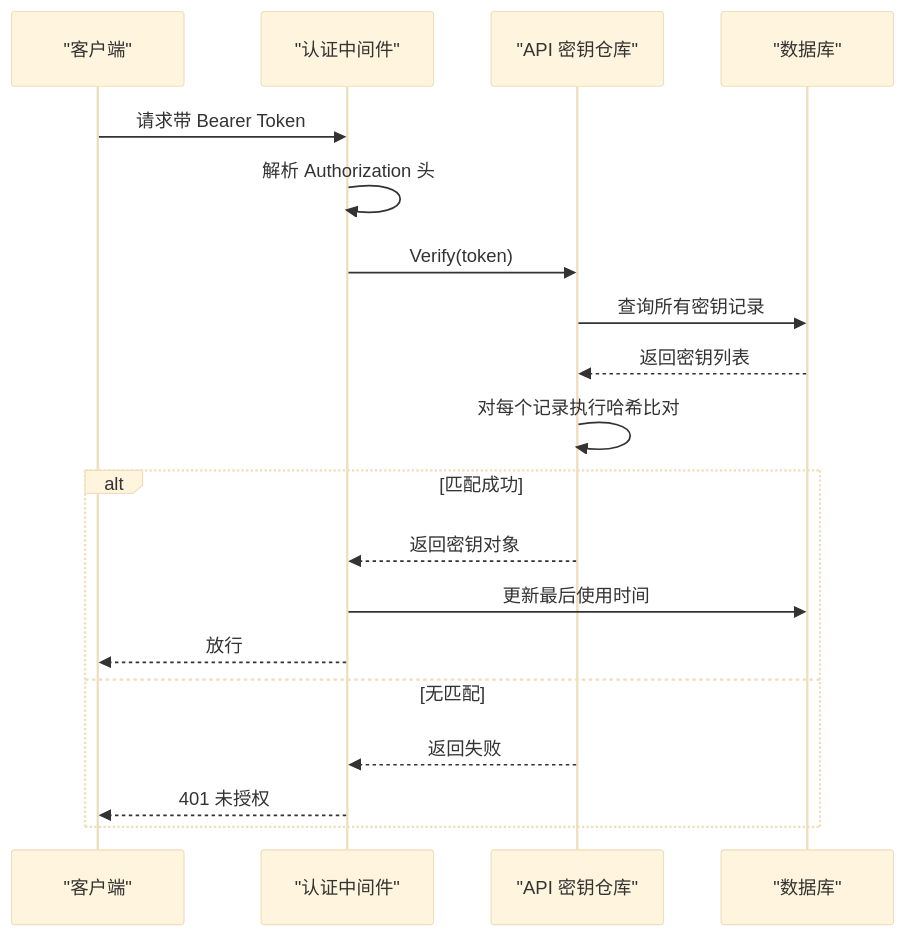
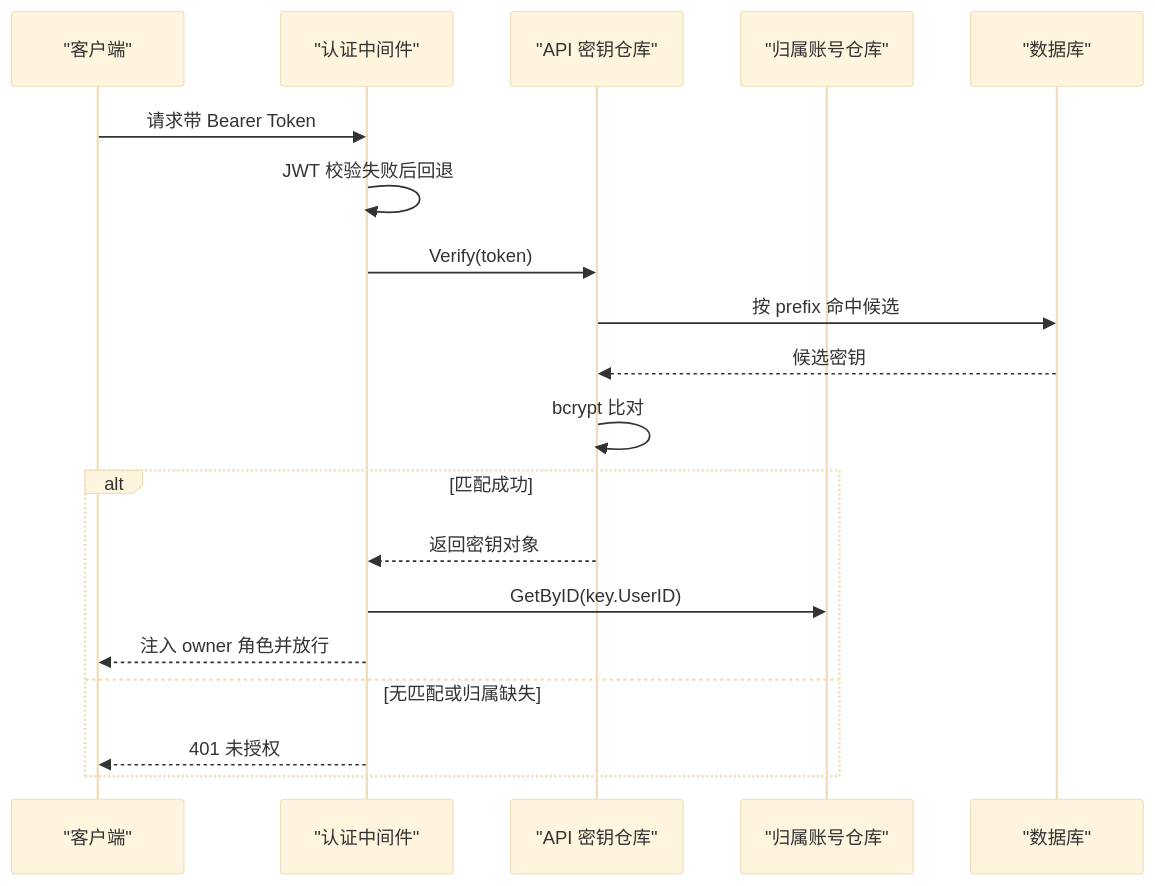
One commit to x01n/My-OpenWaf changed the fourth of 9 diagrams in docs/安全机制/API 密钥管理.md. Above: the diagram before and after it, drawn with Mermaid (base theme). The commit also changed other lines of this file and 622 other files, not shown here.

````diff
--- a/docs/安全机制/API 密钥管理.md
+++ b/docs/安全机制/API 密钥管理.md
@@ -155,21 +180,21 @@
 ```mermaid
 sequenceDiagram
 participant Client as "客户端"
 participant MW as "认证中间件"
 participant Repo as "API 密钥仓库"
+participant Acct as "归属账号仓库"
 participant DB as "数据库"
 Client->>MW : 请求带 Bearer Token
-MW->>MW : 解析 Authorization 头
+MW->>MW : JWT 校验失败后回退
 MW->>Repo : Verify(token)
-Repo->>DB : 查询所有密钥记录
-DB-->>Repo : 返回密钥列表
-Repo->>Repo : 对每个记录执行哈希比对
+Repo->>DB : 按 prefix 命中候选
+DB-->>Repo : 候选密钥
+Repo->>Repo : bcrypt 比对
 alt 匹配成功
 Repo-->>MW : 返回密钥对象
-MW->>DB : 更新最后使用时间
-MW-->>Client : 放行
-else 无匹配
-Repo-->>MW : 返回失败
+MW->>Acct : GetByID(key.UserID)
+MW-->>Client : 注入 owner 角色并放行
+else 无匹配或归属缺失
 MW-->>Client : 401 未授权
 end
 ```
````
